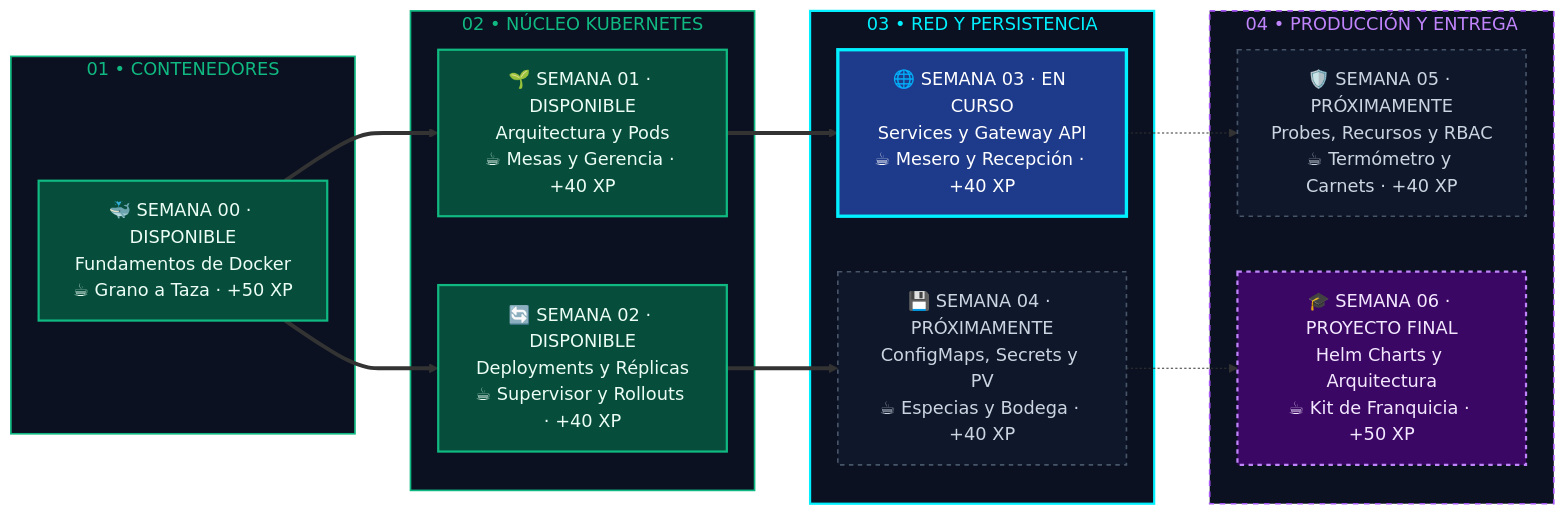
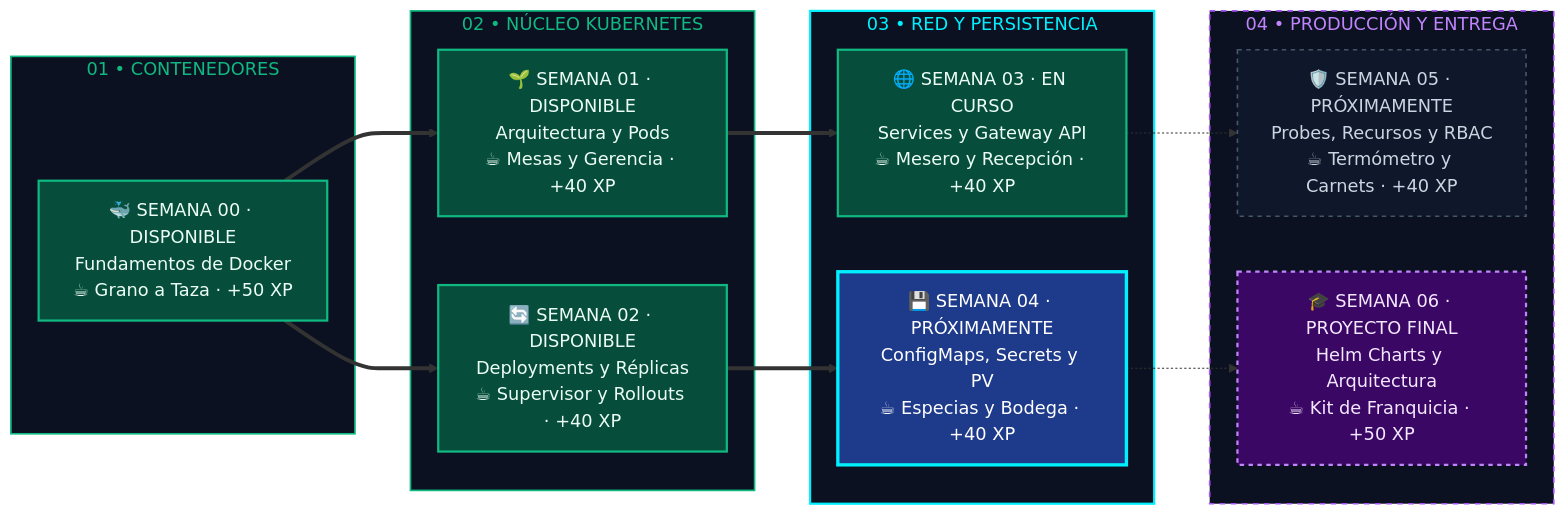
The diagram in README.md (Arlex0296/Fundamentos-Kubernetes), drawn with Mermaid before and after one commit. The commit also changed other lines of this file, not shown here.

Commit message:
docs(readme): unify repository directory and weekly navigation table, update Mermaid roadmap

````diff
--- a/README.md
+++ b/README.md
@@ -288,48 +321,49 @@
 ```mermaid
 flowchart LR
     subgraph F1["01 • CONTENEDORES"]
         S0["🐳 SEMANA 00 · DISPONIBLE\nFundamentos de Docker\n☕ Grano a Taza · +50 XP"]
     end
 
     subgraph F2["02 • NÚCLEO KUBERNETES"]
         S1["🌱 SEMANA 01 · DISPONIBLE\nArquitectura y Pods\n☕ Mesas y Gerencia · +40 XP"]
         S2["🔄 SEMANA 02 · DISPONIBLE\nDeployments y Réplicas\n☕ Supervisor y Rollouts · +40 XP"]
     end
 
     subgraph F3["03 • RED Y PERSISTENCIA"]
         S3["🌐 SEMANA 03 · EN CURSO\nServices y Gateway API\n☕ Mesero y Recepción · +40 XP"]
         S4["💾 SEMANA 04 · PRÓXIMAMENTE\nConfigMaps, Secrets y PV\n☕ Especias y Bodega · +40 XP"]
     end
 
     subgraph F4["04 • PRODUCCIÓN Y ENTREGA"]
         S5["🛡️ SEMANA 05 · PRÓXIMAMENTE\nProbes, Recursos y RBAC\n☕ Termómetro y Carnets · +40 XP"]
         S6["🎓 SEMANA 06 · PROYECTO FINAL\nHelm Charts y Arquitectura\n☕ Kit de Franquicia · +50 XP"]
     end
 
     S0 ==> S1
     S0 ==> S2
     S1 ==> S3
     S2 ==> S4
     S3 -.-> S5
     S4 -.-> S6
 
     click S0 "https://github.com/edwinbermudez91/Fundamentos-Kubernetes/tree/main/semana-00-fundamentos-docker" "Ir a Semana 00: Fundamentos de Docker"
     click S1 "https://github.com/edwinbermudez91/Fundamentos-Kubernetes/tree/main/semana-01-arquitectura" "Ir a Semana 01: Arquitectura y Pods"
     click S2 "https://github.com/edwinbermudez91/Fundamentos-Kubernetes/tree/main/semana-02-deployments" "Ir a Semana 02: Deployments y Réplicas"
     click S3 "https://github.com/edwinbermudez91/Fundamentos-Kubernetes/tree/main/semana-03-services-gateway" "Ir a Semana 03: Services y Gateway API"
+    click S4 "https://github.com/edwinbermudez91/Fundamentos-Kubernetes/tree/main/semana-04-configuracion-almacenamiento" "Ir a Semana 04: Configuración y Almacenamiento"
 
     classDef done fill:#064E3B,stroke:#10B981,stroke-width:2px,color:#ECFDF5;
     classDef active fill:#1E3A8A,stroke:#00F0FF,stroke-width:3px,color:#FFFFFF;
     classDef next fill:#0F172A,stroke:#475569,stroke-width:1.5px,stroke-dasharray: 4 4,color:#CBD5E1;
     classDef final fill:#3B0764,stroke:#C084FC,stroke-width:2px,stroke-dasharray: 4 4,color:#F3E8FF;
 
-    class S0,S1,S2 done;
-    class S3 active;
-    class S4,S5 next;
+    class S0,S1,S2,S3 done;
+    class S4 active;
+    class S5 next;
     class S6 final;
 
     style F1 fill:#0B1120,stroke:#10B981,stroke-width:1.5px,color:#10B981
     style F2 fill:#0B1120,stroke:#10B981,stroke-width:1.5px,color:#10B981
     style F3 fill:#0B1120,stroke:#00F0FF,stroke-width:2px,color:#00F0FF
     style F4 fill:#0B1120,stroke:#A855F7,stroke-width:1.5px,stroke-dasharray: 5 5,color:#C084FC
 ```
````
